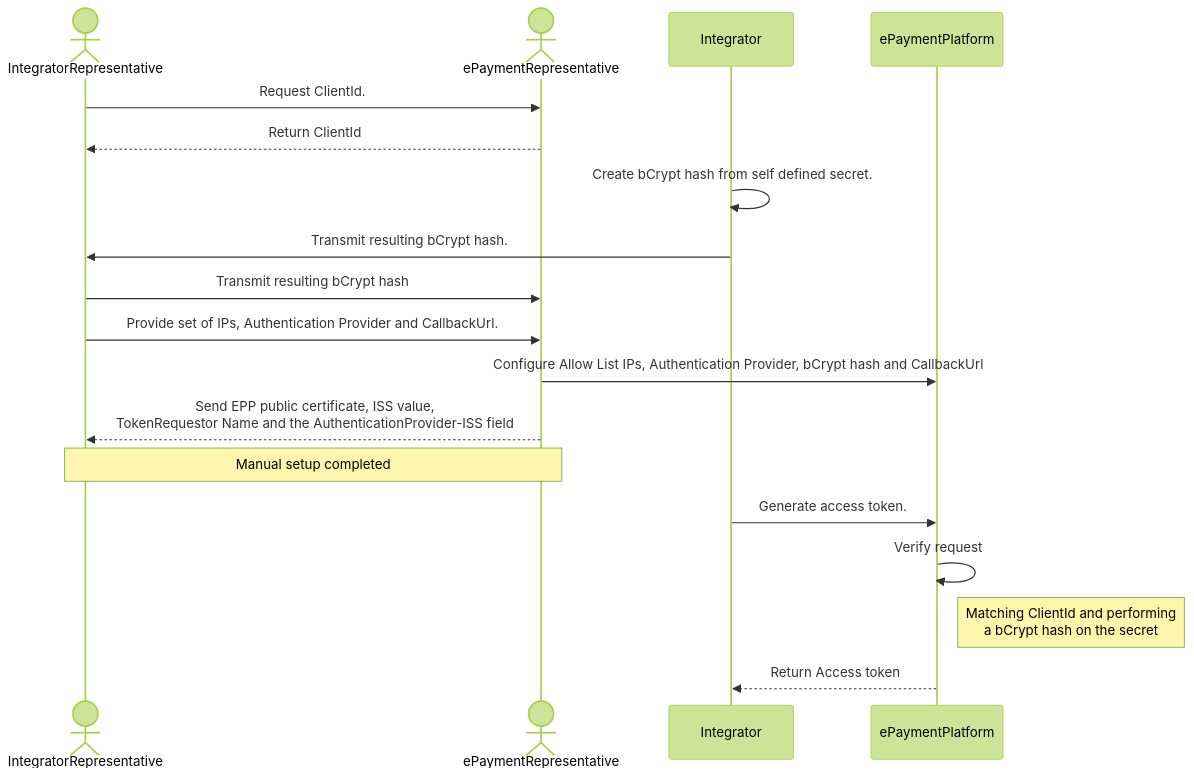
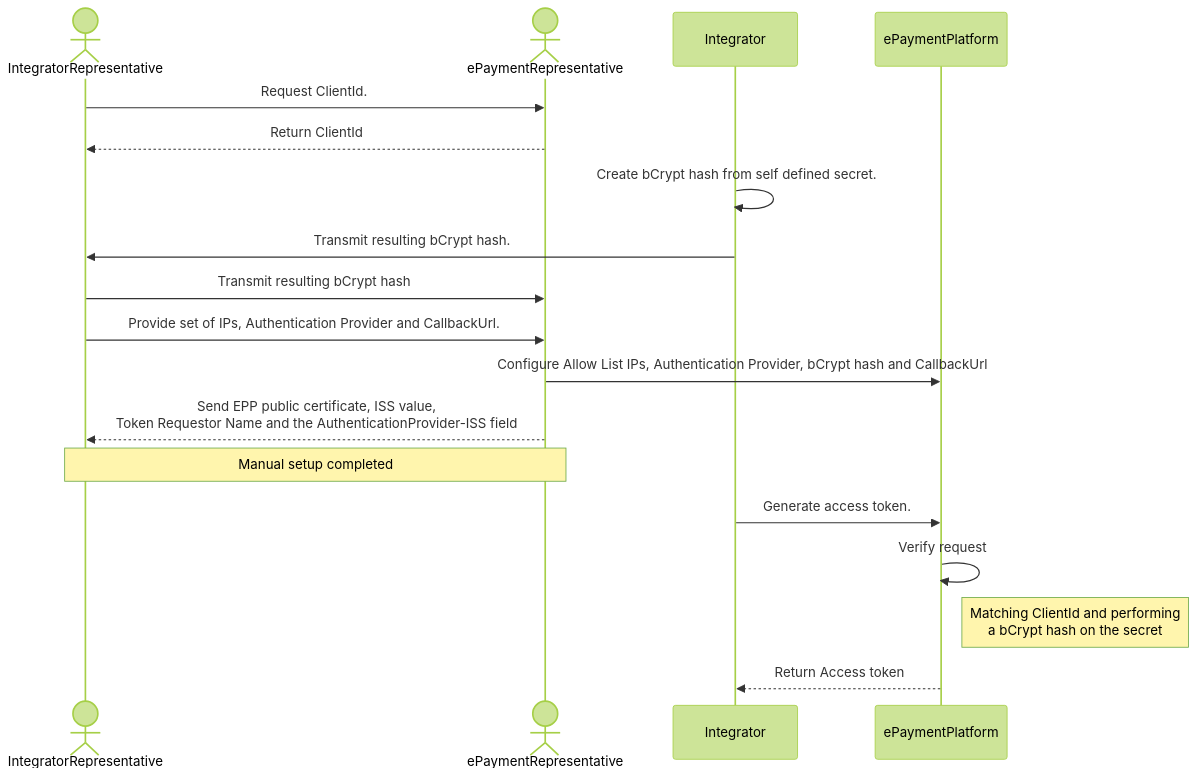
Before and after one commit to BankAxept/bankaxept-epayment-development-kit: the diagram in docs/getting_started.md, drawn with Mermaid (forest theme). The commit also changed other lines of this file and 1 other file, not shown here.

Commit message:
minor language and spacing corrections

````diff
--- a/docs/getting_started.md
+++ b/docs/getting_started.md
@@ -58,25 +58,25 @@
 ```mermaid
 sequenceDiagram
     actor IntegratorRepresentative
     actor ePaymentRepresentative
     participant Integrator
     participant ePaymentPlatform
     
     IntegratorRepresentative ->> ePaymentRepresentative: Request ClientId.
     ePaymentRepresentative -->> IntegratorRepresentative: Return ClientId
 
     Integrator ->> Integrator: Create bCrypt hash from self defined secret.
     Integrator ->> IntegratorRepresentative: Transmit resulting bCrypt hash.
     IntegratorRepresentative ->> ePaymentRepresentative: Transmit resulting bCrypt hash
 
     IntegratorRepresentative ->> ePaymentRepresentative: Provide set of IPs, Authentication Provider and CallbackUrl.
     ePaymentRepresentative ->> ePaymentPlatform: Configure Allow List IPs, Authentication Provider, bCrypt hash and CallbackUrl
-    ePaymentRepresentative -->> IntegratorRepresentative: Send EPP public certificate, ISS value, <br/> TokenRequestor Name and the AuthenticationProvider-ISS field
+    ePaymentRepresentative -->> IntegratorRepresentative: Send EPP public certificate, ISS value, <br/> Token Requestor Name and the AuthenticationProvider-ISS field
     
     Note over IntegratorRepresentative,ePaymentRepresentative: Manual setup completed
     
     Integrator ->> ePaymentPlatform: Generate access token.
     ePaymentPlatform ->> ePaymentPlatform: Verify request 
     Note right of ePaymentPlatform: Matching ClientId and performing <br/> a bCrypt hash on the secret
     ePaymentPlatform -->> Integrator: Return Access token
 ```
````
